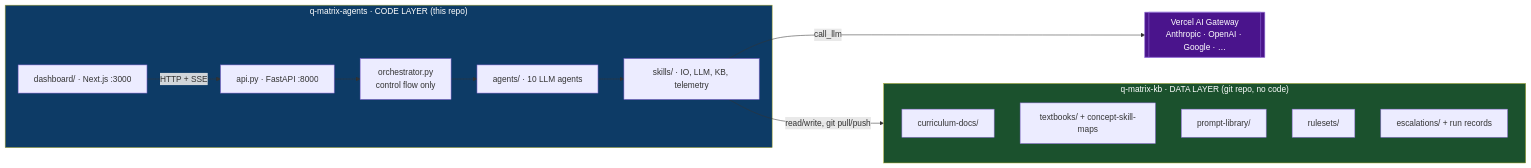
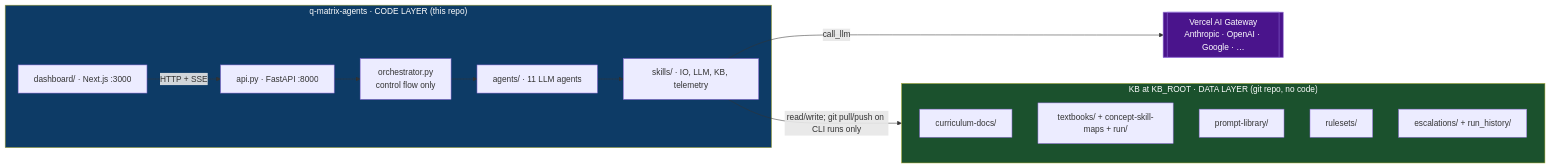
Before and after one commit to MaximusTitan/q-matrix-agents: the first of 5 diagrams in ARCHITECTURE.md, drawn with Mermaid. The commit also changed other lines of this file and 1 other file, not shown here.

First line of the commit message:
Reconcile README and ARCHITECTURE with actual code state

````diff
--- a/ARCHITECTURE.md
+++ b/ARCHITECTURE.md
@@ -34,31 +40,31 @@
 ```mermaid
 graph LR
     subgraph CODE["q-matrix-agents  ·  CODE LAYER (this repo)"]
         ORCH[orchestrator.py<br/>control flow only]
-        AGENTS[agents/ · 10 LLM agents]
+        AGENTS[agents/ · 11 LLM agents]
         SKILLS[skills/ · IO, LLM, KB, telemetry]
         API[api.py · FastAPI :8000]
         DASH[dashboard/ · Next.js :3000]
     end
 
-    subgraph KB["q-matrix-kb  ·  DATA LAYER (git repo, no code)"]
+    subgraph KB["KB at KB_ROOT  ·  DATA LAYER (git repo, no code)"]
         DOCS[curriculum-docs/]
-        BOOKS[textbooks/ + concept-skill-maps]
+        BOOKS[textbooks/ + concept-skill-maps + run/]
         PROMPTS[prompt-library/]
         RULES[rulesets/]
-        ESC[escalations/ + run records]
+        ESC[escalations/ + run_history/]
     end
 
     GATEWAY[[Vercel AI Gateway<br/>Anthropic · OpenAI · Google · …]]
 
     DASH -->|HTTP + SSE| API
     API --> ORCH
     ORCH --> AGENTS
     AGENTS --> SKILLS
-    SKILLS -->|read/write, git pull/push| KB
+    SKILLS -->|read/write; git pull/push on CLI runs only| KB
     SKILLS -->|call_llm| GATEWAY
 
     style CODE fill:#0d3b66,color:#fff
     style KB fill:#1b512d,color:#fff
     style GATEWAY fill:#4a148c,color:#fff
 ```
````
